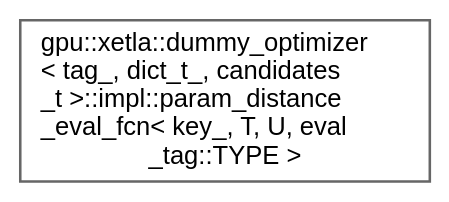
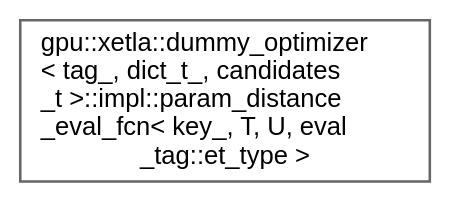
Before and after one commit to intel/xetla: the diagram in docs/inherit_graph_58.dot, drawn with Graphviz. The commit also changed 313 other files, not shown here.

```diff
--- a/docs/inherit_graph_58.dot
+++ b/docs/inherit_graph_58.dot
@@ -1,9 +1,9 @@
 digraph "Graphical Class Hierarchy"
 {
  // LATEX_PDF_SIZE
   bgcolor="transparent";
   edge [fontname=Helvetica,fontsize=10,labelfontname=Helvetica,labelfontsize=10];
   node [fontname=Helvetica,fontsize=10,shape=box,height=0.2,width=0.4];
   rankdir="LR";
-  Node0 [id="Node000000",label="gpu::xetla::dummy_optimizer\l\< tag_, dict_t_, candidates\l_t \>::impl::param_distance\l_eval_fcn\< key_, T, U, eval\l_tag::TYPE \>",height=0.2,width=0.4,color="grey40", fillcolor="white", style="filled",URL="$structgpu_1_1xetla_1_1dummy__optimizer_1_1impl_1_1param__distance__eval__fcn_3_01key___00_01T_003d54679d2f89840a28b75f612282d629.html",tooltip=" "];
+  Node0 [id="Node000000",label="gpu::xetla::dummy_optimizer\l\< tag_, dict_t_, candidates\l_t \>::impl::param_distance\l_eval_fcn\< key_, T, U, eval\l_tag::et_type \>",height=0.2,width=0.4,color="grey40", fillcolor="white", style="filled",URL="$structgpu_1_1xetla_1_1dummy__optimizer_1_1impl_1_1param__distance__eval__fcn_3_01key___00_01T_007771614b20bc241b04e6e1a276baec4a.html",tooltip=" "];
 }
```
